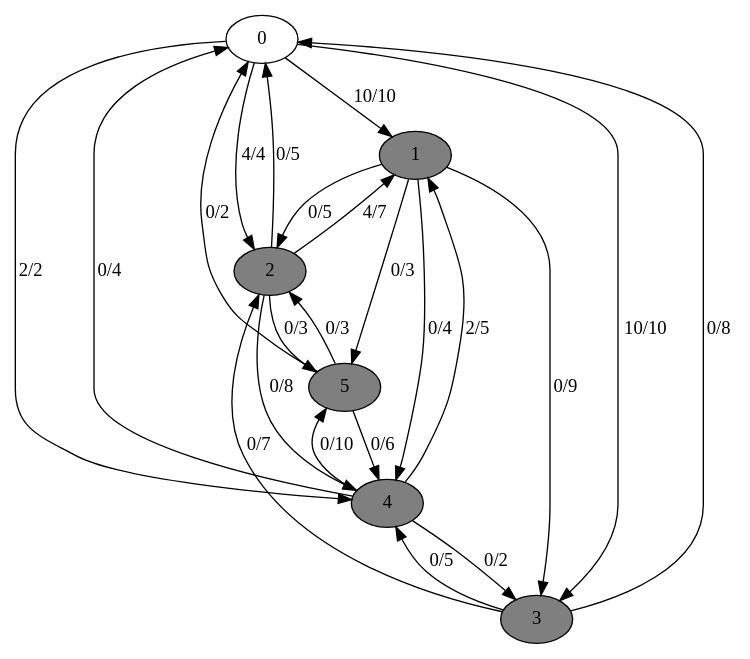
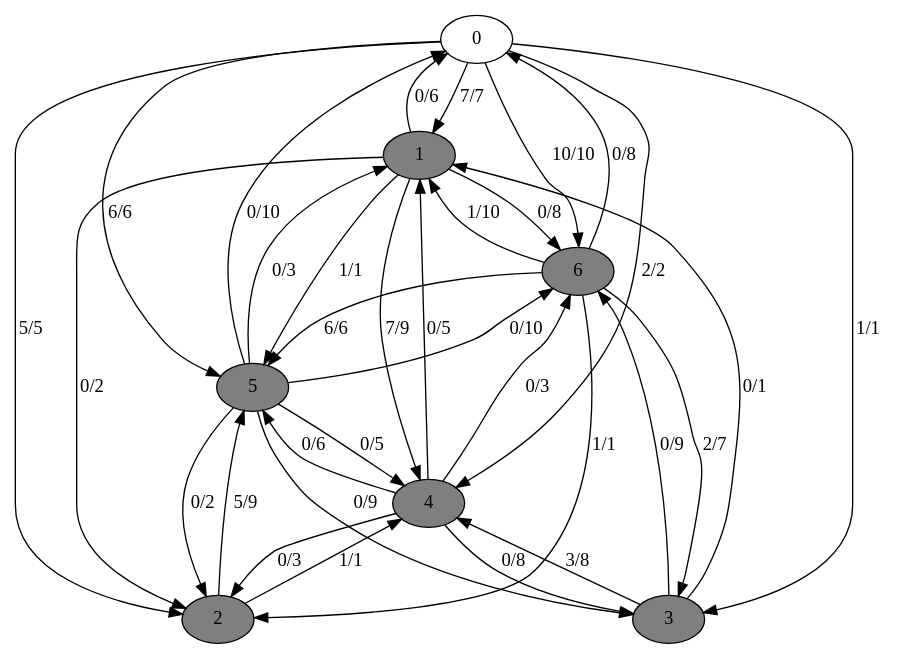
Before and after one commit to vnce100/Metamorph: the diagram in res/testFlowMultiTarget/test0.dot, drawn with Graphviz. The commit also changed 401 other files, not shown here.

```diff
--- a/res/testFlowMultiTarget/test0.dot
+++ b/res/testFlowMultiTarget/test0.dot
@@ -1,30 +1,41 @@
 digraph G {
 	0[style=filled fillcolor=grey100];
-	0->1[label ="10/10"] ;
-	0->2[label ="4/4"] ;
-	0->3[label ="10/10"] ;
+	0->1[label ="7/7"] ;
+	0->2[label ="5/5"] ;
+	0->3[label ="1/1"] ;
 	0->4[label ="2/2"] ;
+	0->5[label ="6/6"] ;
+	0->6[label ="10/10"] ;
 	1[style=filled fillcolor=grey50];
-	1->2[label ="0/5"] ;
-	1->3[label ="0/9"] ;
-	1->4[label ="0/4"] ;
-	1->5[label ="0/3"] ;
+	1->0[label ="0/6"] ;
+	1->2[label ="0/2"] ;
+	1->4[label ="7/9"] ;
+	1->5[label ="1/1"] ;
+	1->6[label ="0/8"] ;
 	2[style=filled fillcolor=grey50];
-	2->0[label ="0/5"] ;
-	2->1[label ="4/7"] ;
-	2->4[label ="0/8"] ;
-	2->5[label ="0/3"] ;
+	2->4[label ="1/1"] ;
+	2->5[label ="5/9"] ;
 	3[style=filled fillcolor=grey50];
-	3->0[label ="0/8"] ;
-	3->2[label ="0/7"] ;
-	3->4[label ="0/5"] ;
+	3->1[label ="0/1"] ;
+	3->4[label ="3/8"] ;
+	3->6[label ="0/9"] ;
 	4[style=filled fillcolor=grey50];
-	4->0[label ="0/4"] ;
-	4->1[label ="2/5"] ;
-	4->3[label ="0/2"] ;
-	4->5[label ="0/10"] ;
+	4->1[label ="0/5"] ;
+	4->2[label ="0/3"] ;
+	4->3[label ="0/8"] ;
+	4->5[label ="0/6"] ;
+	4->6[label ="0/3"] ;
 	5[style=filled fillcolor=grey50];
-	5->0[label ="0/2"] ;
-	5->2[label ="0/3"] ;
-	5->4[label ="0/6"] ;
+	5->0[label ="0/10"] ;
+	5->1[label ="0/3"] ;
+	5->2[label ="0/2"] ;
+	5->3[label ="0/9"] ;
+	5->4[label ="0/5"] ;
+	5->6[label ="0/10"] ;
+	6[style=filled fillcolor=grey50];
+	6->0[label ="0/8"] ;
+	6->1[label ="1/10"] ;
+	6->2[label ="1/1"] ;
+	6->3[label ="2/7"] ;
+	6->5[label ="6/6"] ;
 }
```
